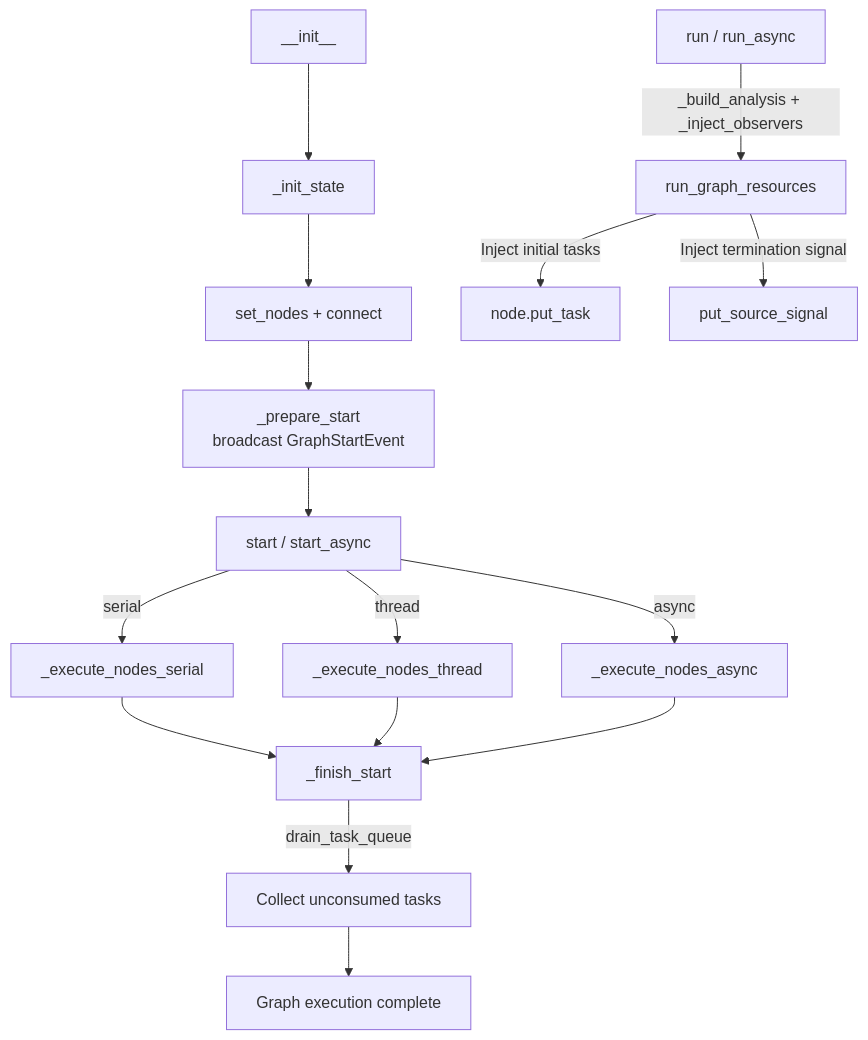
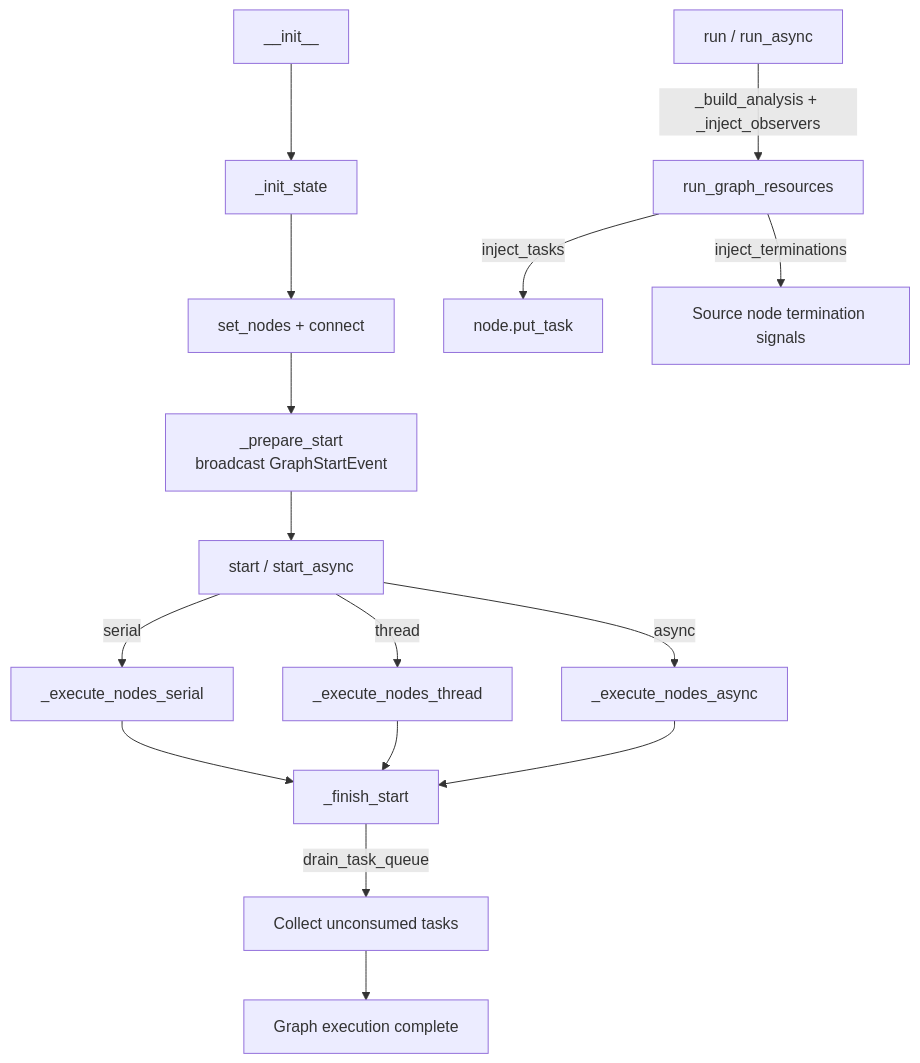
Before and after one commit to Mr-xiaotian/CelestialFlow: the second of 2 diagrams in docs/en/src/graph/core_graph.md, drawn with Mermaid. The commit also changed other lines of this file and 176 other files, not shown here.

````diff
--- a/docs/en/src/graph/core_graph.md
+++ b/docs/en/src/graph/core_graph.md
@@ -481,19 +474,19 @@
 ```mermaid
 flowchart TD
     INIT[__init__] --> INIT_STATE[_init_state]
     INIT_STATE --> BUILD[set_nodes + connect]
     BUILD --> PREPARE[_prepare_start<br/>broadcast GraphStartEvent]
     PREPARE --> START[start / start_async]
     START -->|serial| SER[_execute_nodes_serial]
     START -->|thread| THR[_execute_nodes_thread]
     START -->|async| ASY[_execute_nodes_async]
     SER --> FINISH[_finish_start]
     THR --> FINISH
     ASY --> FINISH
     FINISH -->|drain_task_queue| DRAIN[Collect unconsumed tasks]
     DRAIN --> END[Graph execution complete]
 
     RUN[run / run_async] -->|_build_analysis + _inject_observers| RES[run_graph_resources]
-    RES -->|Inject initial tasks| PUT[node.put_task]
-    RES -->|Inject termination signal| SIGNAL[put_source_signal]
+    RES -->|inject_tasks| PUT[node.put_task]
+    RES -->|inject_terminations| SIGNAL[Source node termination signals]
 ```
````
